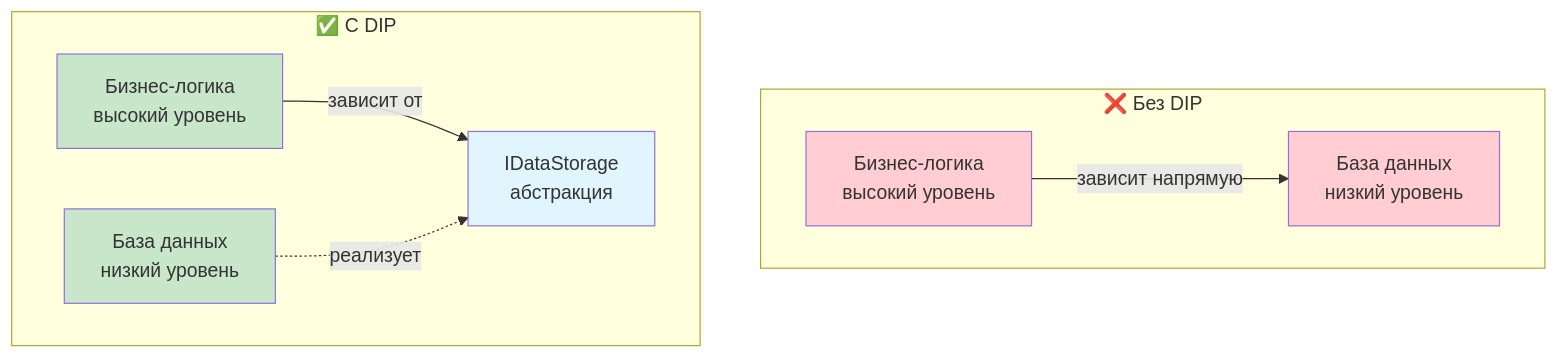
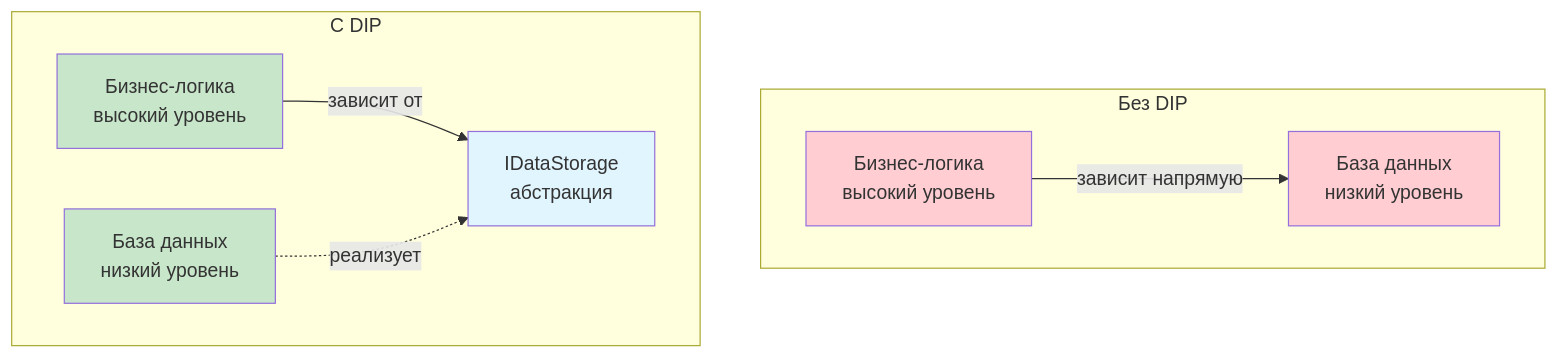
One commit to Erofivan/ITMO-Lecture-Notes changed diagram 16 of 18 in Oop/4_solid/notes.md. Above: the diagram before and after it, drawn with Mermaid. The commit also changed other lines of this file and 1 other file, not shown here.

````diff
--- a/Oop/4_solid/notes.md
+++ b/Oop/4_solid/notes.md
@@ -2874,22 +2868,22 @@
 ```mermaid
 graph TD
-    subgraph "❌ Без DIP"
+    subgraph " Без DIP"
     A1[Бизнес-логика<br/>высокий уровень]
     B1[База данных<br/>низкий уровень]
     A1 -->|зависит напрямую| B1
     end
     
-    subgraph "✅ С DIP"
+    subgraph "С DIP"
     A2[Бизнес-логика<br/>высокий уровень]
     I[IDataStorage<br/>абстракция]
     B2[База данных<br/>низкий уровень]
     A2 -->|зависит от| I
     B2 -.->|реализует| I
     end
     
     style A1 fill:#ffcdd2
     style B1 fill:#ffcdd2
     style A2 fill:#c8e6c9
     style I fill:#e1f5ff
     style B2 fill:#c8e6c9
 ```
````
